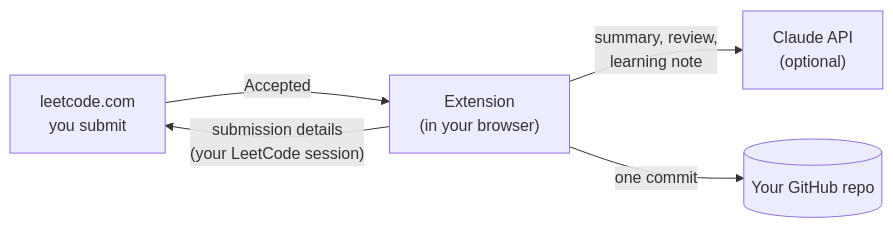
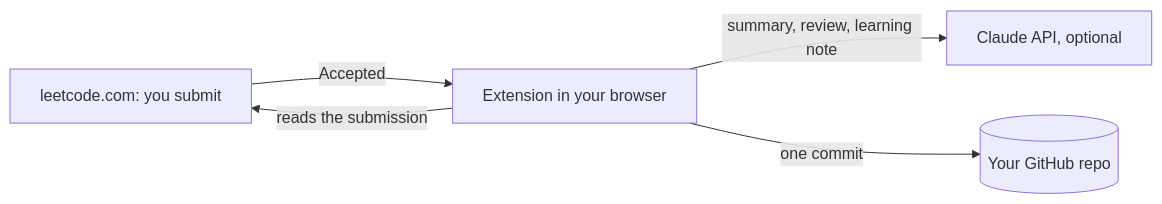
The diagram in README.md (ravi-ranjan-25/leetcode-github-sync), drawn with Mermaid before and after one commit. The commit also changed other lines of this file, not shown here.

Commit message:
Simplify the README diagram

````diff
--- a/README.md
+++ b/README.md
@@ -58,7 +58,7 @@
 ```mermaid
 flowchart LR
-  lc["leetcode.com<br/>you submit"] -- "Accepted" --> ext["Extension<br/>(in your browser)"]
-  ext -- "submission details<br/>(your LeetCode session)" --> lc
-  ext -- "summary, review,<br/>learning note" --> claude["Claude API<br/>(optional)"]
-  ext -- "one commit" --> gh[("Your GitHub repo")]
+  lc["leetcode.com: you submit"] -->|Accepted| ext["Extension in your browser"]
+  ext -->|reads the submission| lc
+  ext -->|summary, review, learning note| claude["Claude API, optional"]
+  ext -->|one commit| gh[("Your GitHub repo")]
 ```
````
